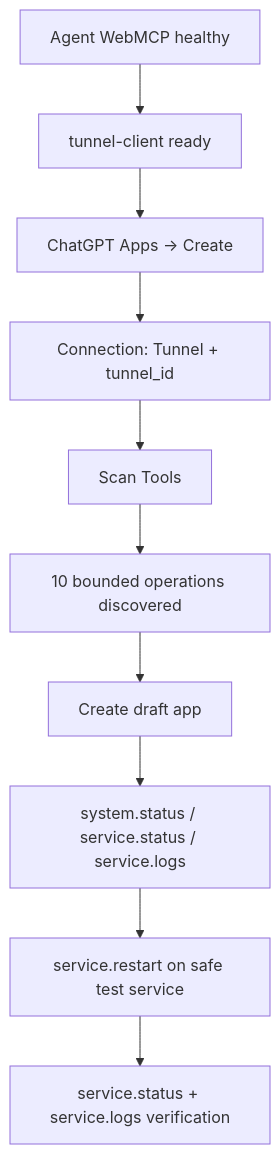
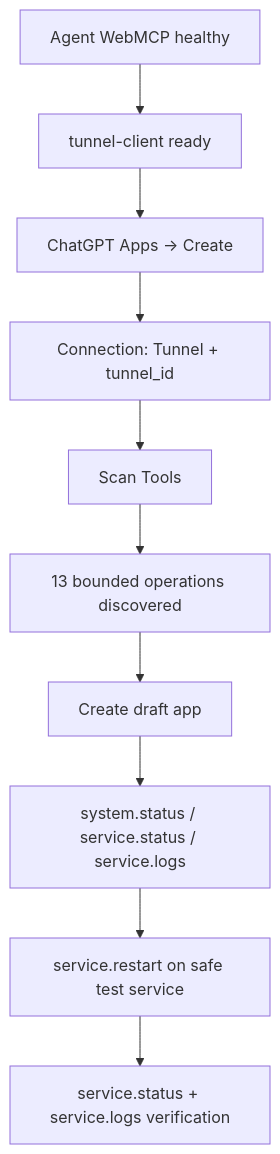
One commit to tjXJNOOBIE/agent-webmcp changed the fifth of 7 diagrams in README.md. Above: the diagram before and after it, drawn with Mermaid. The commit also changed other lines of this file and 43 other files, not shown here.

````diff
--- a/README.md
+++ b/README.md
@@ -206,12 +252,12 @@
 ```mermaid
 flowchart TD
     LocalHealth[Agent WebMCP healthy] --> TunnelReady[tunnel-client ready]
     TunnelReady --> CreateApp[ChatGPT Apps → Create]
     CreateApp --> TunnelMode[Connection: Tunnel + tunnel_id]
     TunnelMode --> Scan[Scan Tools]
-    Scan --> TenTools[10 bounded operations discovered]
-    TenTools --> Draft[Create draft app]
+    Scan --> ThirteenTools[13 bounded operations discovered]
+    ThirteenTools --> Draft[Create draft app]
     Draft --> ReadTest[system.status / service.status / service.logs]
     ReadTest --> WriteTest[service.restart on safe test service]
     WriteTest --> Verify[service.status + service.logs verification]
 ```
````
